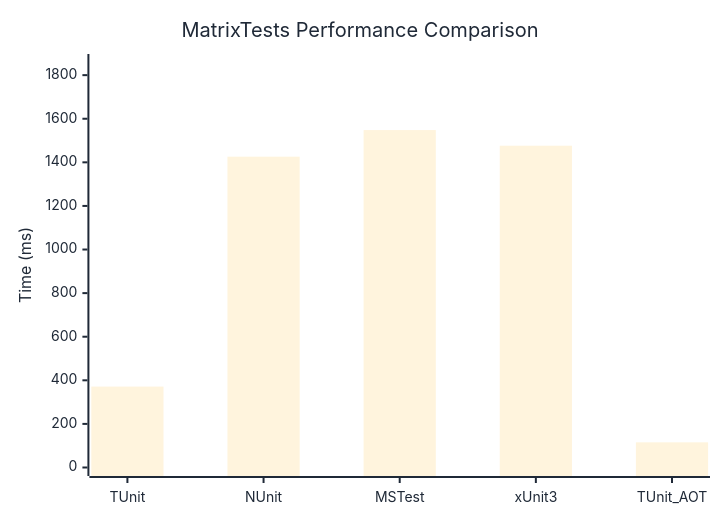
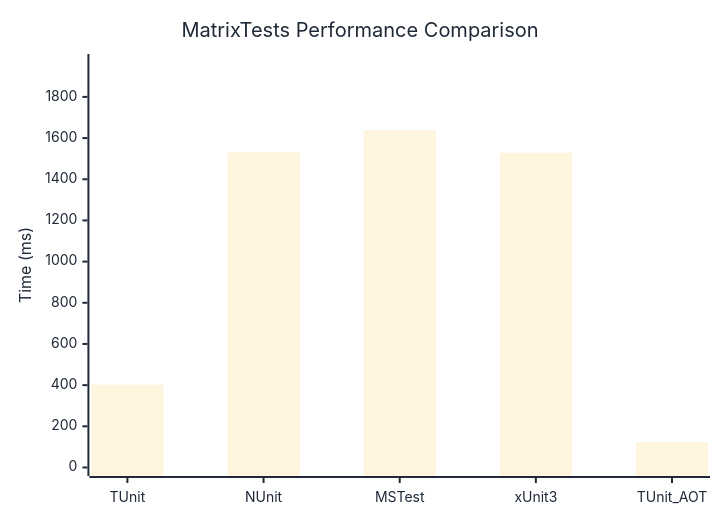
Before and after one commit to thomhurst/TUnit: the diagram in docs/docs/benchmarks/engine/MatrixTests.md, drawn with Mermaid. The commit also changed other lines of this file and 18 other files, not shown here.

````diff
--- a/docs/docs/benchmarks/engine/MatrixTests.md
+++ b/docs/docs/benchmarks/engine/MatrixTests.md
@@ -29,37 +29,37 @@
 ```mermaid
 %%{init: {
   'theme':'base',
   'themeVariables': {
     'primaryColor': '#2563eb',
     'primaryTextColor': '#1f2937',
     'primaryBorderColor': '#1e40af',
     'lineColor': '#6b7280',
     'secondaryColor': '#7c3aed',
     'tertiaryColor': '#dc2626',
     'background': '#ffffff',
     'mainBkg': '#2563eb',
     'secondBkg': '#7c3aed',
     'tertiaryBkg': '#dc2626',
     'clusterBkg': '#f3f4f6',
     'edgeLabelBackground': '#ffffff',
     'tertiaryTextColor': '#1f2937',
     'pie1': '#2563eb',
     'pie2': '#7c3aed',
     'pie3': '#dc2626',
     'pie4': '#f59e0b',
     'pie5': '#10b981',
     'pie6': '#06b6d4',
     'pie7': '#ec4899',
     'pie8': '#6366f1',
     'pie9': '#84cc16',
     'pie10': '#f97316',
     'pie11': '#14b8a6',
     'pie12': '#a855f7'
   }
 }}%%
 xychart-beta
   title "MatrixTests Performance Comparison"
   x-axis ["TUnit", "NUnit", "MSTest", "xUnit3", "TUnit_AOT"]
-  y-axis "Time (ms)" 0 --> 1858
-  bar [371.2, 1425.9, 1548, 1476.3, 115.4]
+  y-axis "Time (ms)" 0 --> 1967
+  bar [402.4, 1530.4, 1638.4, 1528.6, 123.8]
 ```
````
